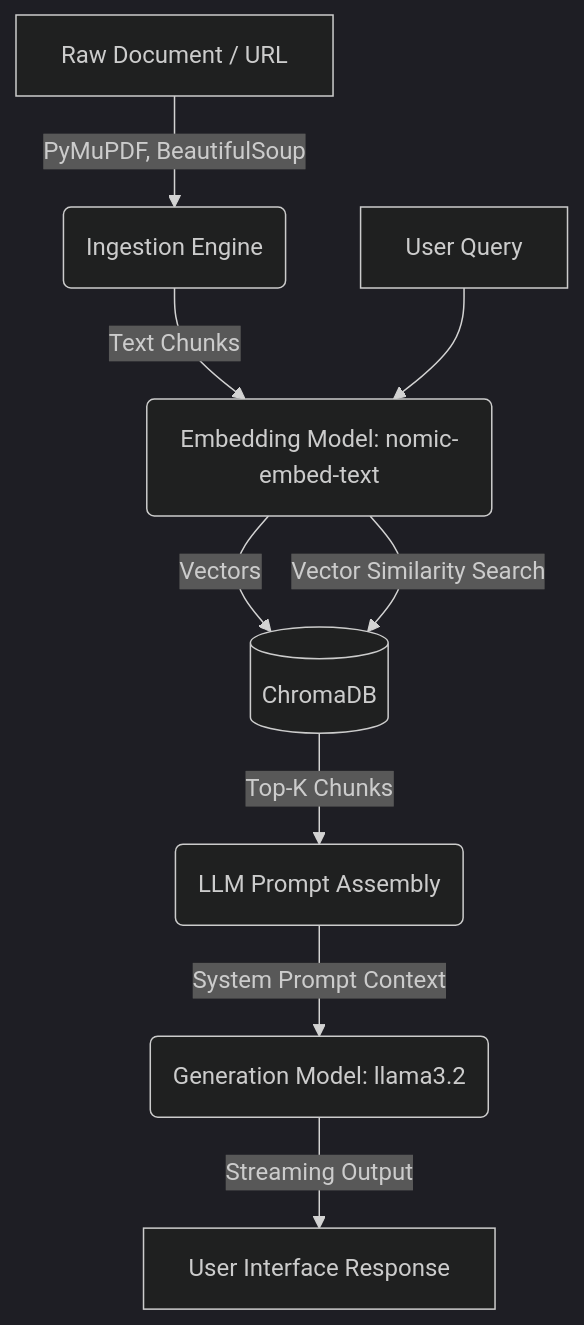
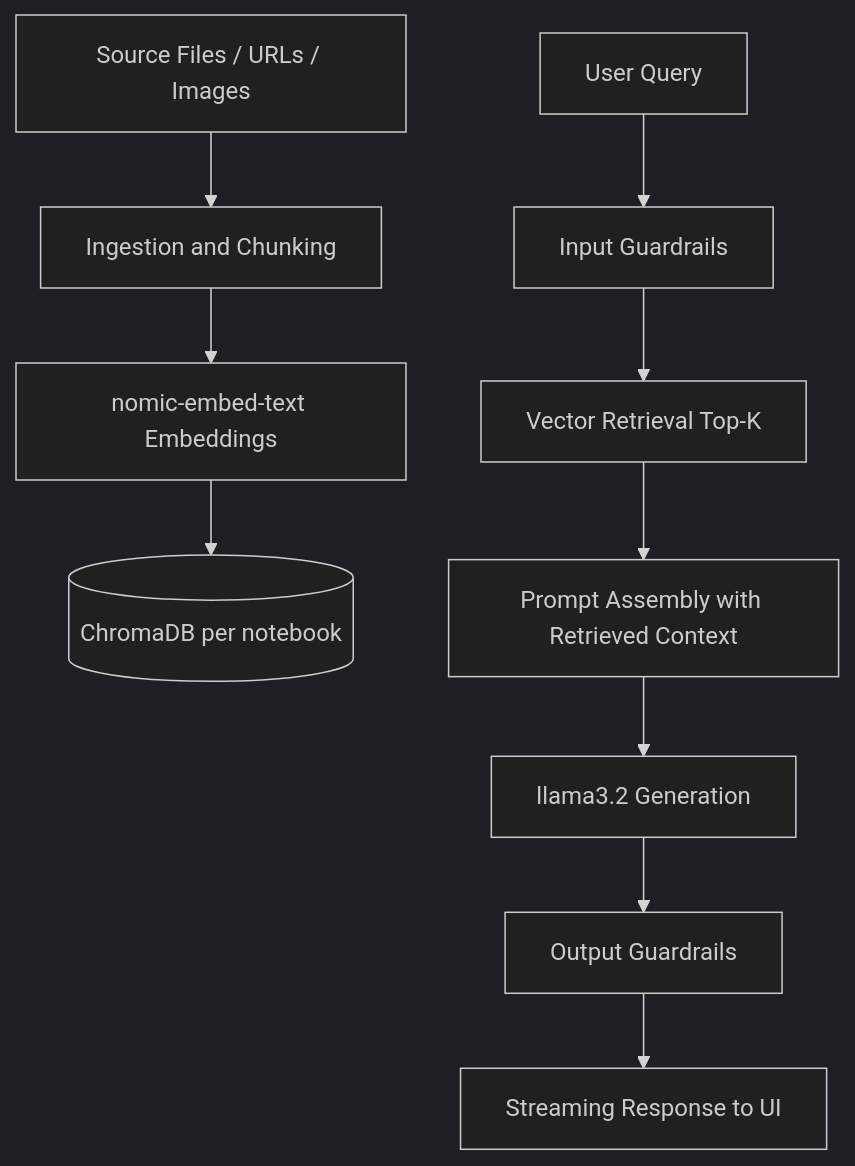
Before and after one commit to Ghassenboussalem/MEDTECH: the diagram in RAG_ARCHITECTURE.md, drawn with Mermaid (dark theme). The commit also changed other lines of this file and 9 other files, not shown here.

Commit message:
Refine Lucidity flow, adaptive tutoring, and architecture docs

````diff
--- a/RAG_ARCHITECTURE.md
+++ b/RAG_ARCHITECTURE.md
@@ -14,12 +14,13 @@
 ```mermaid
 graph TD;
-    A[Raw Document / URL] -->|PyMuPDF, BeautifulSoup| B(Ingestion Engine);
-    B -->|Text Chunks| C(Embedding Model: nomic-embed-text);
-    C -->|Vectors| D[(ChromaDB)];
-    
-    E[User Query] --> C;
-    C -->|Vector Similarity Search| D;
-    D -->|Top-K Chunks| F(LLM Prompt Assembly);
-    F -->|System Prompt Context| G(Generation Model: llama3.2);
-    G -->|Streaming Output| H[User Interface Response];
+    A[Source Files / URLs / Images] --> B[Ingestion and Chunking];
+    B --> C[nomic-embed-text Embeddings];
+    C --> D[(ChromaDB per notebook)];
+
+    E[User Query] --> F[Input Guardrails];
+    F --> G[Vector Retrieval Top-K];
+    G --> H[Prompt Assembly with Retrieved Context];
+    H --> I[llama3.2 Generation];
+    I --> J[Output Guardrails];
+    J --> K[Streaming Response to UI];
 ```
````
